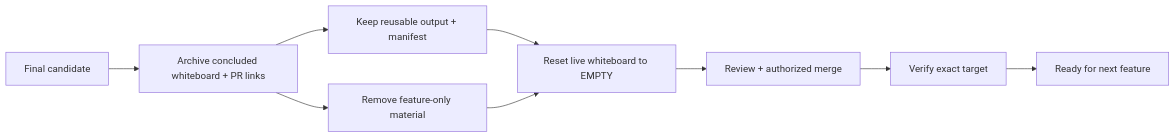
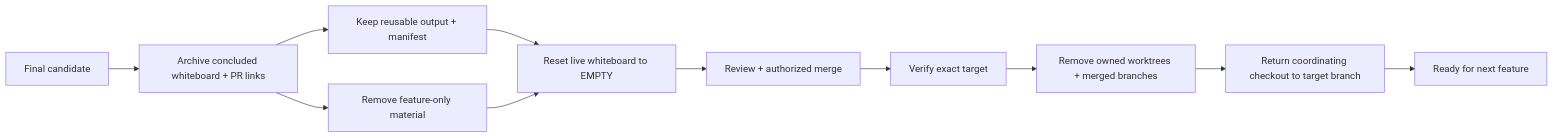
One commit to hhhhhusky777/spec-driven-delivery-playbook changed the tenth of 11 diagrams in README.md. Above: the diagram before and after it, drawn with Mermaid. The commit also changed other lines of this file and 8 other files, not shown here.

````diff
--- a/README.md
+++ b/README.md
@@ -373,11 +376,13 @@
 ```mermaid
 flowchart LR
     C["Final candidate"] --> A["Archive concluded whiteboard + PR links"]
     A --> K["Keep reusable output + manifest"]
     A --> X["Remove feature-only material"]
     K --> R["Reset live whiteboard to EMPTY"]
     X --> R
     R --> H["Review + authorized merge"]
     H --> V["Verify exact target"]
-    V --> N["Ready for next feature"]
+    V --> W["Remove owned worktrees + merged branches"]
+    W --> M["Return coordinating checkout to target branch"]
+    M --> N["Ready for next feature"]
 ```
````
